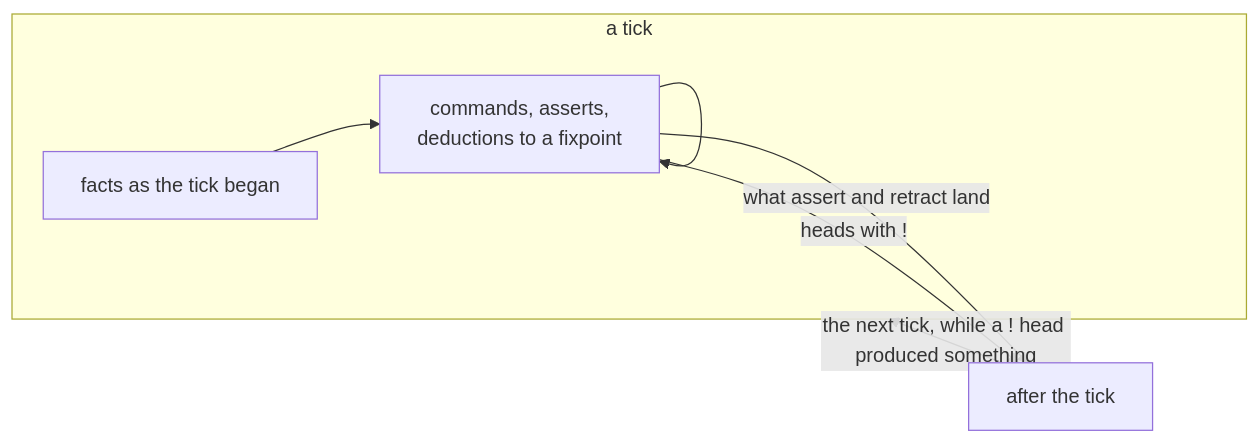
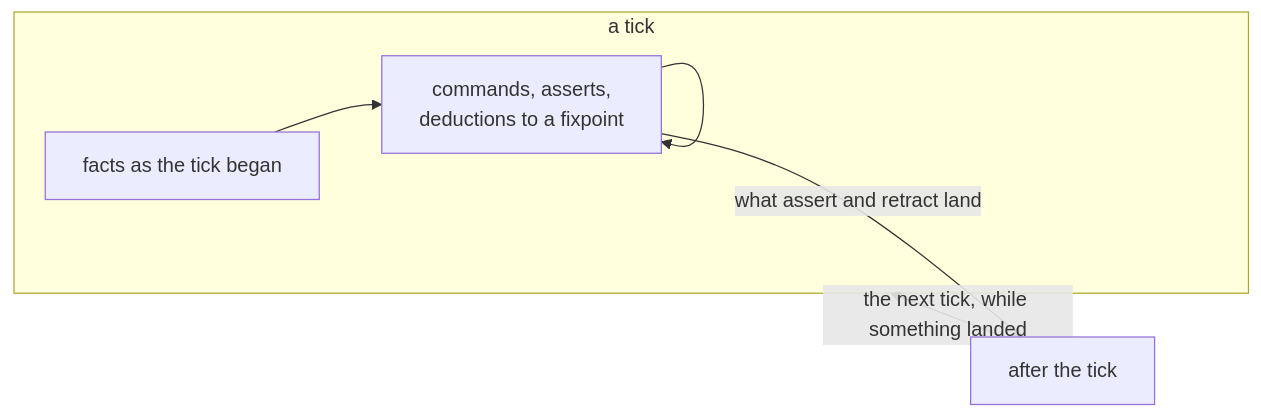
The diagram in research/notation/design.md (dialog-db/dialog-db), drawn with Mermaid before and after one commit. The commit also changed other lines of this file and 2 other files, not shown here.

````diff
--- a/research/notation/design.md
+++ b/research/notation/design.md
@@ -16,10 +46,9 @@
 ```mermaid
 flowchart LR
   subgraph tick["a tick"]
     start["facts as the tick began"] --> derive["commands, asserts,<br/>deductions to a fixpoint"]
     derive --> derive
   end
   derive -- "what assert and retract land" --> after["after the tick"]
-  derive -- "heads with !" --> after
-  after -- "the next tick, while a ! head produced something" --> tick
+  after -- "the next tick, while something landed" --> tick
 ```
````
